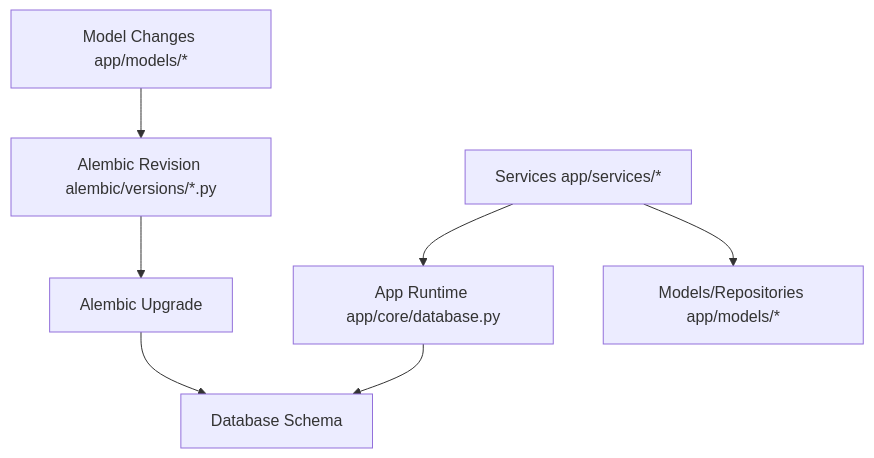
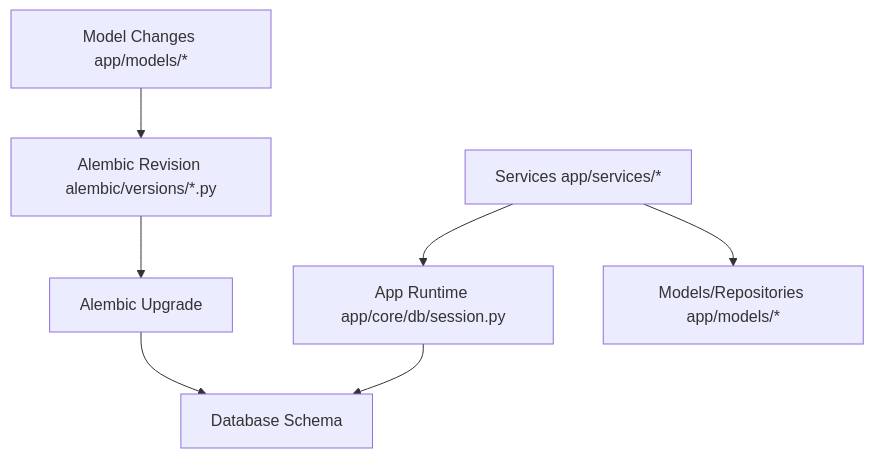
Before and after one commit to Blueprint4Agent/B4FastAPI: the first of 4 diagrams in notes/ko/backend/BACKEND.md, drawn with Mermaid. The commit also changed other lines of this file and 45 other files, not shown here.

````diff
--- a/notes/ko/backend/BACKEND.md
+++ b/notes/ko/backend/BACKEND.md
@@ -154,9 +159,9 @@
 ```mermaid
 flowchart TD
     A[Model Changes app/models/*] --> B[Alembic Revision alembic/versions/*.py]
     B --> C[Alembic Upgrade]
     C --> D[Database Schema]
-    E[App Runtime app/core/database.py] --> D
+    E[App Runtime app/core/db/session.py] --> D
     F[Services app/services/*] --> E
     F --> G[Models/Repositories app/models/*]
 ```
````
